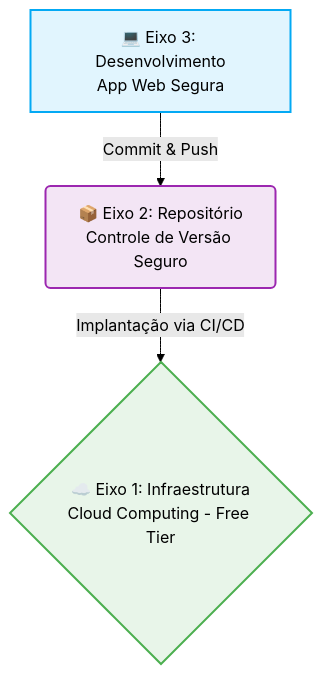
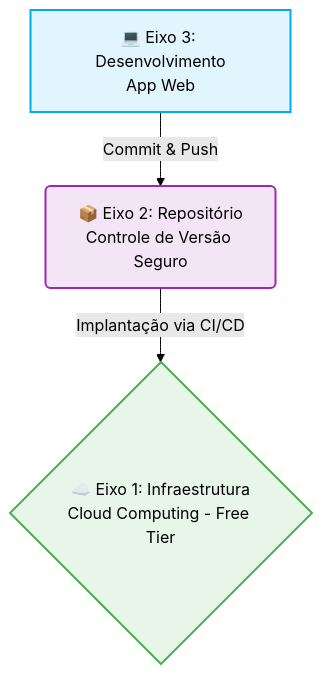
Before and after one commit to ziraldocardoso/Projeto_Aplicado-praticas_de_mercado: the first of 2 diagrams in Escopo_e_elementos_obrigatorios.md, drawn with Mermaid (forest theme). The commit also changed other lines of this file, not shown here.

Commit message:
Formata elementos dos diagramas Mermaid para preto e adiciona sublinhado nas metas obrigatórias

````diff
--- a/Escopo_e_elementos_obrigatorios.md
+++ b/Escopo_e_elementos_obrigatorios.md
@@ -13,11 +13,11 @@
 ```mermaid
 graph TD
-    A[💻 Eixo 3: Desenvolvimento<br/>App Web Segura] -->|Commit & Push| B(📦 Eixo 2: Repositório<br/>Controle de Versão Seguro)
+    A[💻 Eixo 3: Desenvolvimento<br/>App Web] -->|Commit & Push| B(📦 Eixo 2: Repositório<br/>Controle de Versão Seguro)
     B -->|Implantação via CI/CD| C{☁️ Eixo 1: Infraestrutura<br/>Cloud Computing - Free Tier}
     
     style A fill:#e1f5fe,stroke:#03a9f4,stroke-width:2px,color:#000000
     style B fill:#f3e5f5,stroke:#9c27b0,stroke-width:2px,color:#000000
     style C fill:#e8f5e9,stroke:#4caf50,stroke-width:2px,color:#000000
     linkStyle default color:#000000
 
 ```
````
